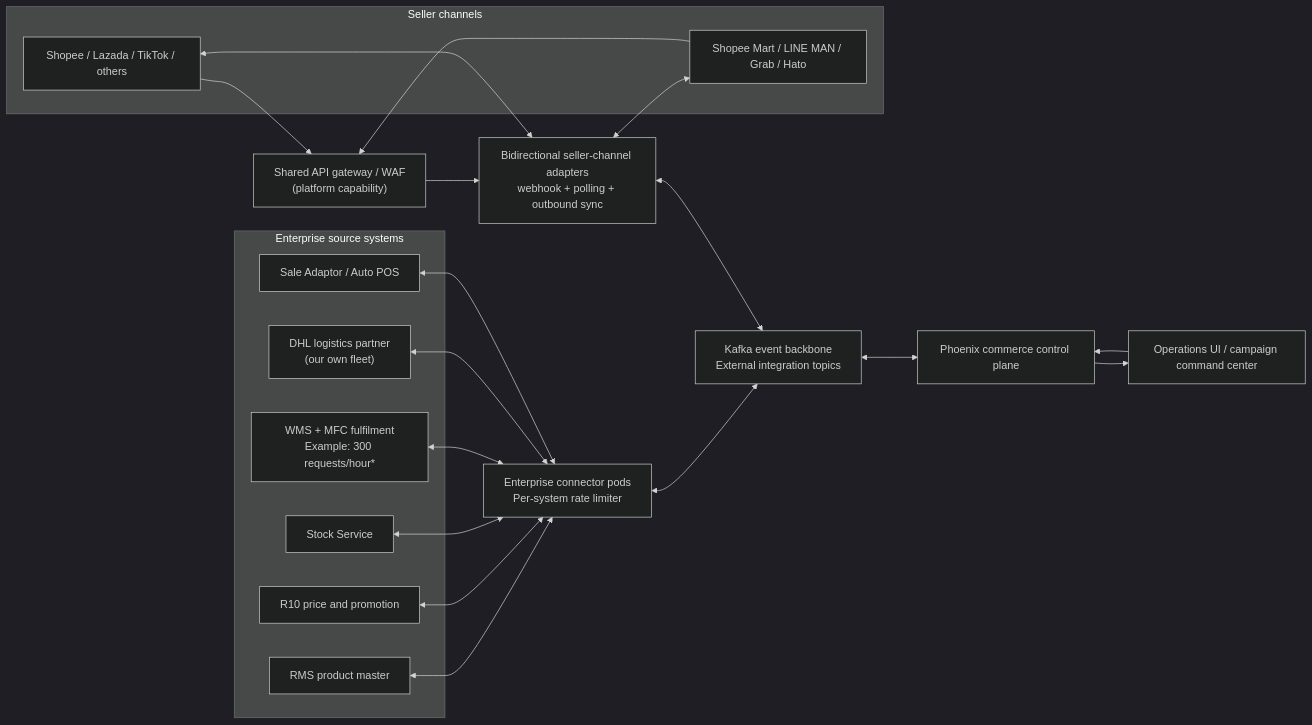
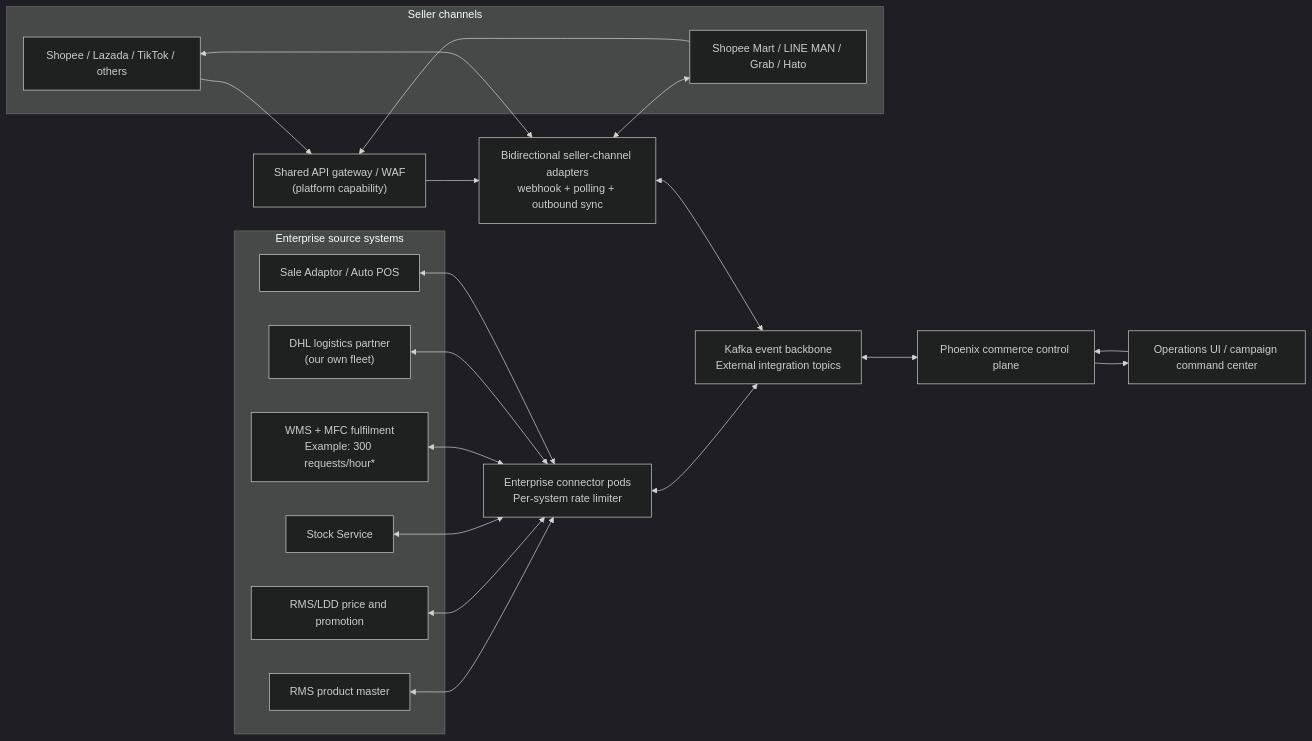
Before and after one commit to hermese-team/phoenix-multi-channel-mkp-design: the first of 9 diagrams in docs/architecture01-pmc.md, drawn with Mermaid (dark theme). The commit also changed other lines of this file and 12 other files, not shown here.

````diff
--- a/docs/architecture01-pmc.md
+++ b/docs/architecture01-pmc.md
@@ -100,40 +101,40 @@
 ```mermaid
 flowchart LR
     subgraph Sources["Enterprise source systems"]
         RMS["RMS product master"]
-        R10["R10 price and promotion"]
+        R10["RMS/LDD price and promotion"]
         StockService["Stock Service"]
         MFC["WMS + MFC fulfilment<br/>Example: 300 requests/hour*"]
         DHL["DHL logistics partner<br/>(our own fleet)"]
         POS["Sale Adaptor / Auto POS"]
     end
 
     subgraph Sellers["Seller channels"]
         MP["Shopee / Lazada / TikTok / others"]
         MART["Shopee Mart / LINE MAN / Grab / Hato"]
     end
 
     ENT["Enterprise connector pods<br/>Per-system rate limiter"]
     EDGE["Shared API gateway / WAF<br/>(platform capability)"]
     ADAPTERS["Bidirectional seller-channel adapters<br/>webhook + polling + outbound sync"]
     KAFKA["Kafka event backbone<br/>External integration topics"]
     PHX["Phoenix commerce control plane"]
     OPS["Operations UI / campaign command center"]
 
     RMS <--> ENT
     R10 <--> ENT
     StockService <--> ENT
     MFC <--> ENT
     DHL <--> ENT
     POS <--> ENT
     ENT <--> KAFKA
     KAFKA <--> PHX
     MP --> EDGE
     MART --> EDGE
     EDGE --> ADAPTERS
     ADAPTERS <--> MP
     ADAPTERS <--> MART
     ADAPTERS <--> KAFKA
     OPS --> PHX
     PHX --> OPS
 ```
````
